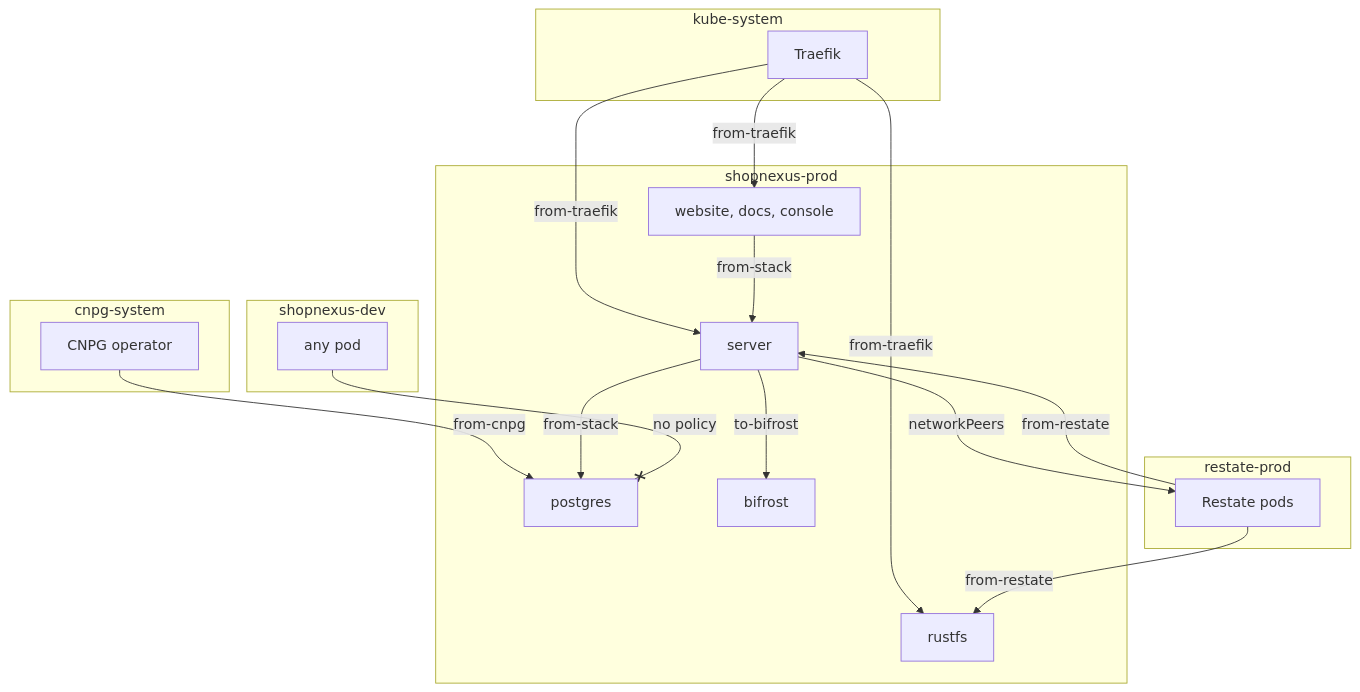
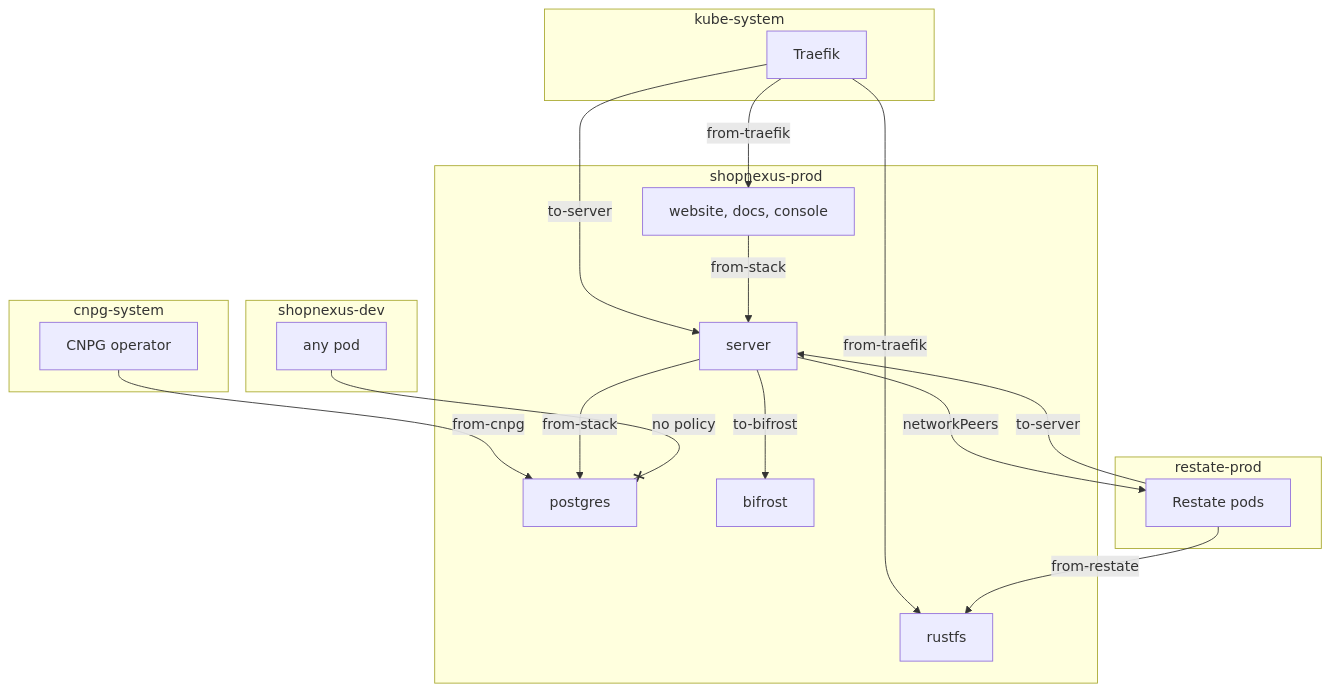
One commit to shopnexus/docs changed the third of 3 diagrams in web/src/content/docs/en/operations/cluster/networking.mdx. Above: the diagram before and after it, drawn with Mermaid. The commit also changed other lines of this file and 105 other files, not shown here.

````diff
--- a/web/src/content/docs/en/operations/cluster/networking.mdx
+++ b/web/src/content/docs/en/operations/cluster/networking.mdx
@@ -142,33 +161,33 @@
 ```mermaid title="Allowed flows into shopnexus-prod"
 flowchart TB
   subgraph ks["kube-system"]
     TR["Traefik"]
   end
   subgraph cnpg["cnpg-system"]
     OP["CNPG operator"]
   end
   subgraph rp["restate-prod"]
     RS["Restate pods"]
   end
   subgraph sp["shopnexus-prod"]
     WEB["website, docs, console"]
     SRV["server"]
     RFS["rustfs"]
     PG["postgres"]
     LLM["bifrost"]
   end
   subgraph sd["shopnexus-dev"]
     DEV["any pod"]
   end
   TR -->|"from-traefik"| WEB
-  TR -->|"from-traefik"| SRV
+  TR -->|"to-server"| SRV
   TR -->|"from-traefik"| RFS
   OP -->|"from-cnpg"| PG
-  RS -->|"from-restate"| SRV
+  RS -->|"to-server"| SRV
   RS -->|"from-restate"| RFS
   SRV -->|"from-stack"| PG
   SRV -->|"to-bifrost"| LLM
   WEB -->|"from-stack"| SRV
   SRV -->|"networkPeers"| RS
   DEV --x|"no policy"| PG
 ```
````
